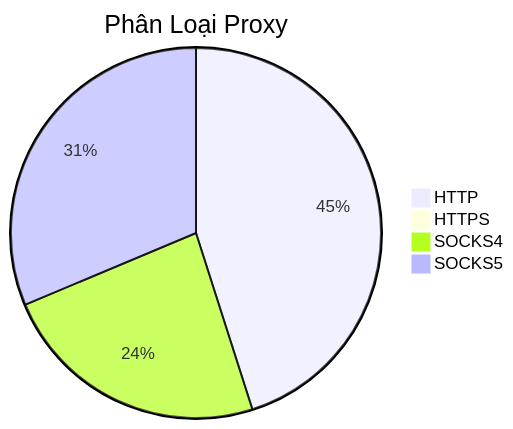
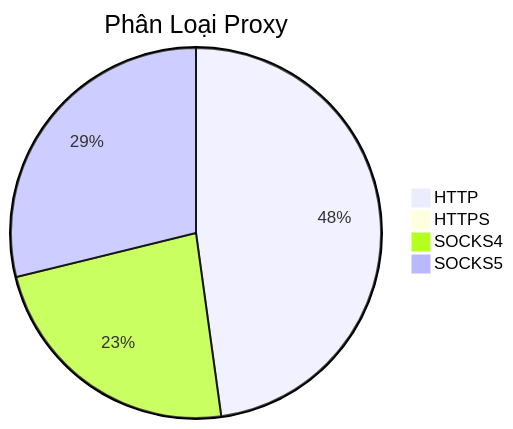
The diagram in README.md (Ciara-12/PROXY-free), drawn with Mermaid before and after one commit. The commit also changed other lines of this file and 3 other files, not shown here.

````diff
--- a/README.md
+++ b/README.md
@@ -26,7 +26,7 @@
 ```mermaid
 pie title Phân Loại Proxy
-    "HTTP" : 508
+    "HTTP" : 559
     "HTTPS" : 0
-    "SOCKS4" : 266
-    "SOCKS5" : 353
+    "SOCKS4" : 273
+    "SOCKS5" : 337
 ```
````
